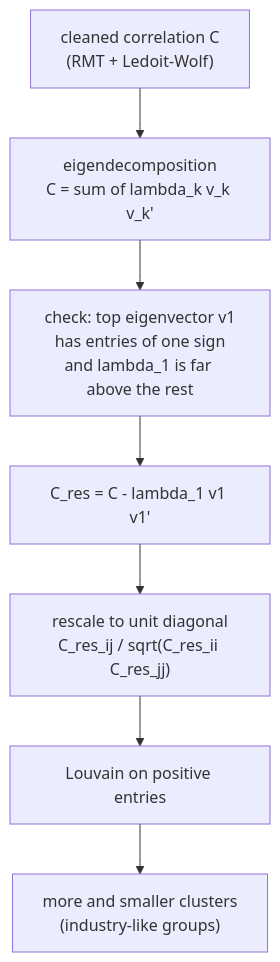
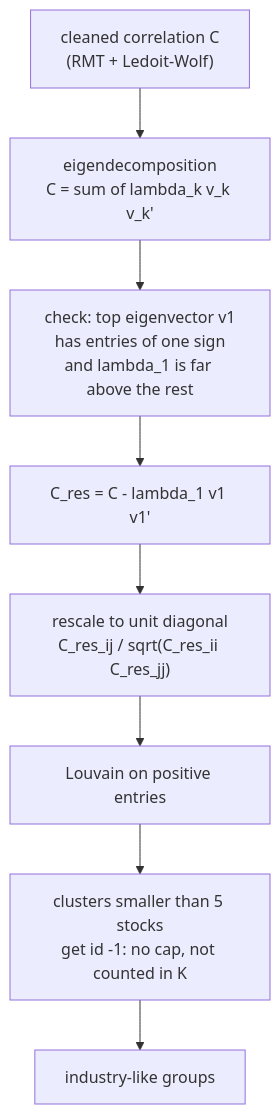
Diagram 13 of 17 in docs/methodology.md (qlemoal/quant_alpha_lab), drawn with Mermaid before and after one commit. The commit also changed other lines of this file and 5 other files, not shown here.

````diff
--- a/docs/methodology.md
+++ b/docs/methodology.md
@@ -386,9 +386,10 @@
 ```mermaid
 flowchart TD
     A["cleaned correlation C<br/>(RMT + Ledoit-Wolf)"] --> B["eigendecomposition<br/>C = sum of lambda_k v_k v_k'"]
     B --> C1["check: top eigenvector v1<br/>has entries of one sign<br/>and lambda_1 is far above the rest"]
     C1 --> D["C_res = C - lambda_1 v1 v1'"]
     D --> E["rescale to unit diagonal<br/>C_res_ij / sqrt(C_res_ii C_res_jj)"]
     E --> F["Louvain on positive entries"]
-    F --> G["more and smaller clusters<br/>(industry-like groups)"]
+    F --> H["clusters smaller than 5 stocks<br/>get id -1: no cap, not counted in K"]
+    H --> G["industry-like groups"]
 ```
````
